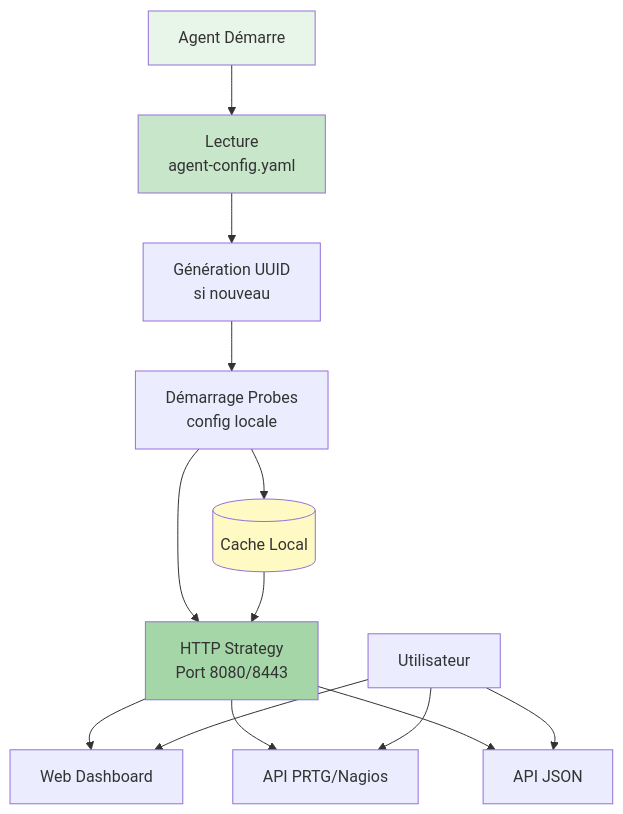
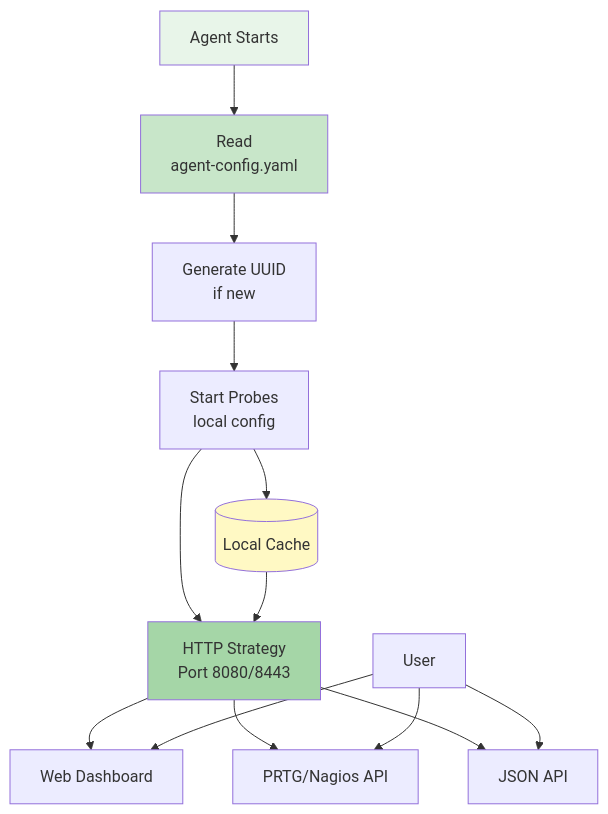
One commit to senhub-io/senhub-agent changed the fourth of 13 diagrams in docs/user-guide/OPERATING-MODES.md. Above: the diagram before and after it, drawn with Mermaid. The commit also changed other lines of this file and 1 other file, not shown here.

First line of the commit message:
docs(user-guide): translate INSTALLATION and OPERATING-MODES to English

````diff
--- a/docs/user-guide/OPERATING-MODES.md
+++ b/docs/user-guide/OPERATING-MODES.md
@@ -203,23 +203,23 @@
 ```mermaid
 graph TD
-    A[Agent Démarre] --> B[Lecture<br/>agent-config.yaml]
-    B --> C[Génération UUID<br/>si nouveau]
-    C --> D[Démarrage Probes<br/>config locale]
+    A[Agent Starts] --> B[Read<br/>agent-config.yaml]
+    B --> C[Generate UUID<br/>if new]
+    C --> D[Start Probes<br/>local config]
     D --> E[HTTP Strategy<br/>Port 8080/8443]
 
     E --> F[Web Dashboard]
-    E --> G[API PRTG/Nagios]
-    E --> H[API JSON]
+    E --> G[PRTG/Nagios API]
+    E --> H[JSON API]
 
-    D --> I[(Cache Local)]
+    D --> I[(Local Cache)]
     I --> E
 
-    J[Utilisateur] --> F
+    J[User] --> F
     J --> G
     J --> H
 
     style A fill:#e8f5e9
     style B fill:#c8e6c9
     style E fill:#a5d6a7
     style I fill:#fff9c4
 ```
````
